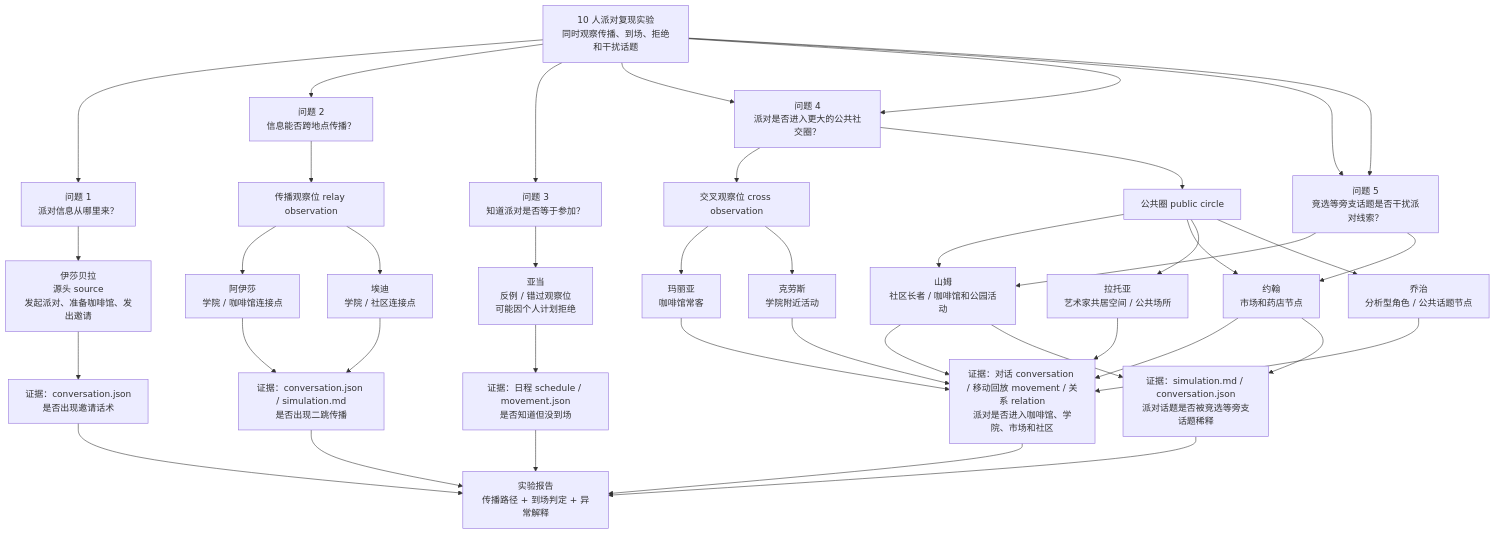
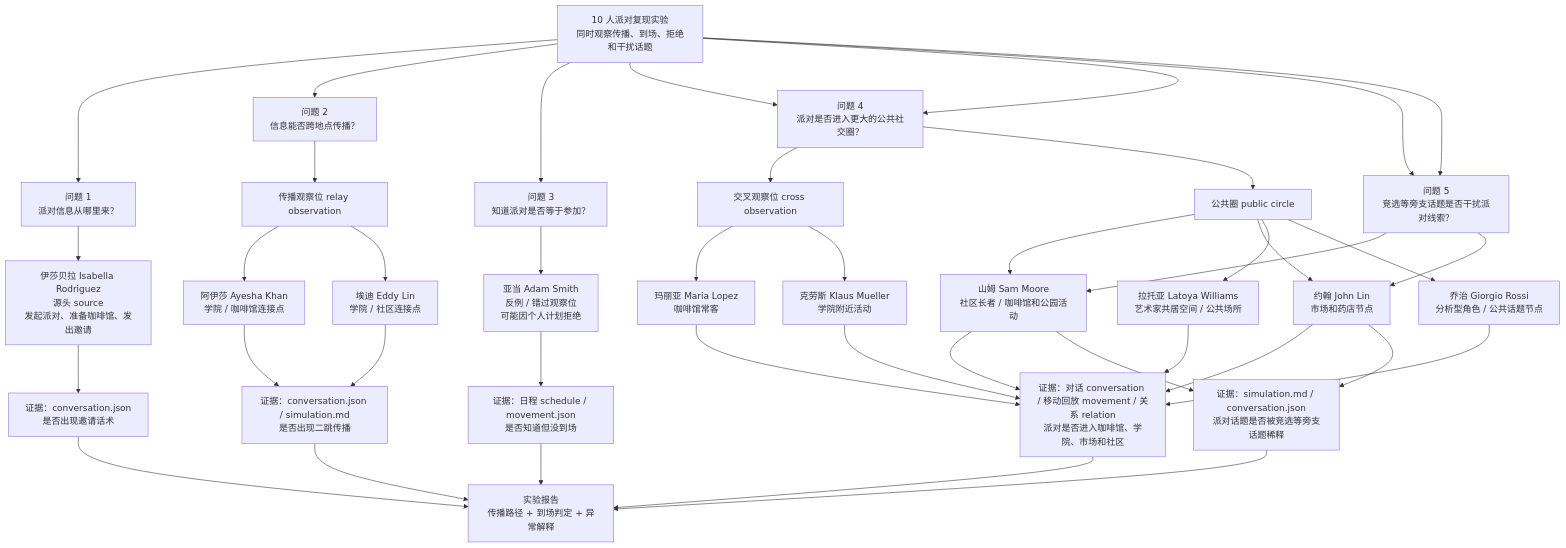
One commit to tbkken/GenerativeAgentsCN changed the second of 7 diagrams in docs/book/manuscript/part_04/chapter_24.md. Above: the diagram before and after it, drawn with Mermaid. The commit also changed other lines of this file and 51 other files, not shown here.

````diff
--- a/docs/book/manuscript/part_04/chapter_24.md
+++ b/docs/book/manuscript/part_04/chapter_24.md
@@ -91,52 +91,52 @@
 ```mermaid
 flowchart TB
     Goal["10 人派对复现实验<br/>同时观察传播、到场、拒绝和干扰话题"]
 
     Q1["问题 1<br/>派对信息从哪里来？"]
     Q2["问题 2<br/>信息能否跨地点传播？"]
     Q3["问题 3<br/>知道派对是否等于参加？"]
     Q4["问题 4<br/>派对是否进入更大的公共社交圈？"]
     Q5["问题 5<br/>竞选等旁支话题是否干扰派对线索？"]
 
-    I["伊莎贝拉<br/>源头 source<br/>发起派对、准备咖啡馆、发出邀请"]
+    I["伊莎贝拉 Isabella Rodriguez<br/>源头 source<br/>发起派对、准备咖啡馆、发出邀请"]
     Relay["传播观察位 relay observation"]
-    A["阿伊莎<br/>学院 / 咖啡馆连接点"]
-    E["埃迪<br/>学院 / 社区连接点"]
-    AD["亚当<br/>反例 / 错过观察位<br/>可能因个人计划拒绝"]
+    A["阿伊莎 Ayesha Khan<br/>学院 / 咖啡馆连接点"]
+    E["埃迪 Eddy Lin<br/>学院 / 社区连接点"]
+    AD["亚当 Adam Smith<br/>反例 / 错过观察位<br/>可能因个人计划拒绝"]
     Cross["交叉观察位 cross observation"]
-    M["玛丽亚<br/>咖啡馆常客"]
-    K["克劳斯<br/>学院附近活动"]
+    M["玛丽亚 Maria Lopez<br/>咖啡馆常客"]
+    K["克劳斯 Klaus Mueller<br/>学院附近活动"]
     Public["公共圈 public circle"]
-    S["山姆<br/>社区长者 / 咖啡馆和公园活动"]
-    J["约翰<br/>市场和药店节点"]
-    L["拉托亚<br/>艺术家共居空间 / 公共场所"]
-    G["乔治<br/>分析型角色 / 公共话题节点"]
+    S["山姆 Sam Moore<br/>社区长者 / 咖啡馆和公园活动"]
+    J["约翰 John Lin<br/>市场和药店节点"]
+    L["拉托亚 Latoya Williams<br/>艺术家共居空间 / 公共场所"]
+    G["乔治 Giorgio Rossi<br/>分析型角色 / 公共话题节点"]
 
     EV1["证据：conversation.json<br/>是否出现邀请话术"]
     EV2["证据：conversation.json / simulation.md<br/>是否出现二跳传播"]
     EV3["证据：日程 schedule / movement.json<br/>是否知道但没到场"]
     EV4["证据：对话 conversation / 移动回放 movement / 关系 relation<br/>派对是否进入咖啡馆、学院、市场和社区"]
     EV5["证据：simulation.md / conversation.json<br/>派对话题是否被竞选等旁支话题稀释"]
     Report["实验报告<br/>传播路径 + 到场判定 + 异常解释"]
 
     Goal --> Q1 --> I --> EV1
     Goal --> Q2 --> Relay
     Relay --> A --> EV2
     Relay --> E --> EV2
     Goal --> Q3 --> AD --> EV3
     Goal --> Q4 --> Cross
     Cross --> M --> EV4
     Cross --> K --> EV4
     Goal --> Q4 --> Public
     Public --> S --> EV4
     Public --> J --> EV4
     Public --> L --> EV4
     Public --> G --> EV4
     Goal --> Q5 --> S --> EV5
     Goal --> Q5 --> J --> EV5
     EV1 --> Report
     EV2 --> Report
     EV3 --> Report
     EV4 --> Report
     EV5 --> Report
 ```
````
